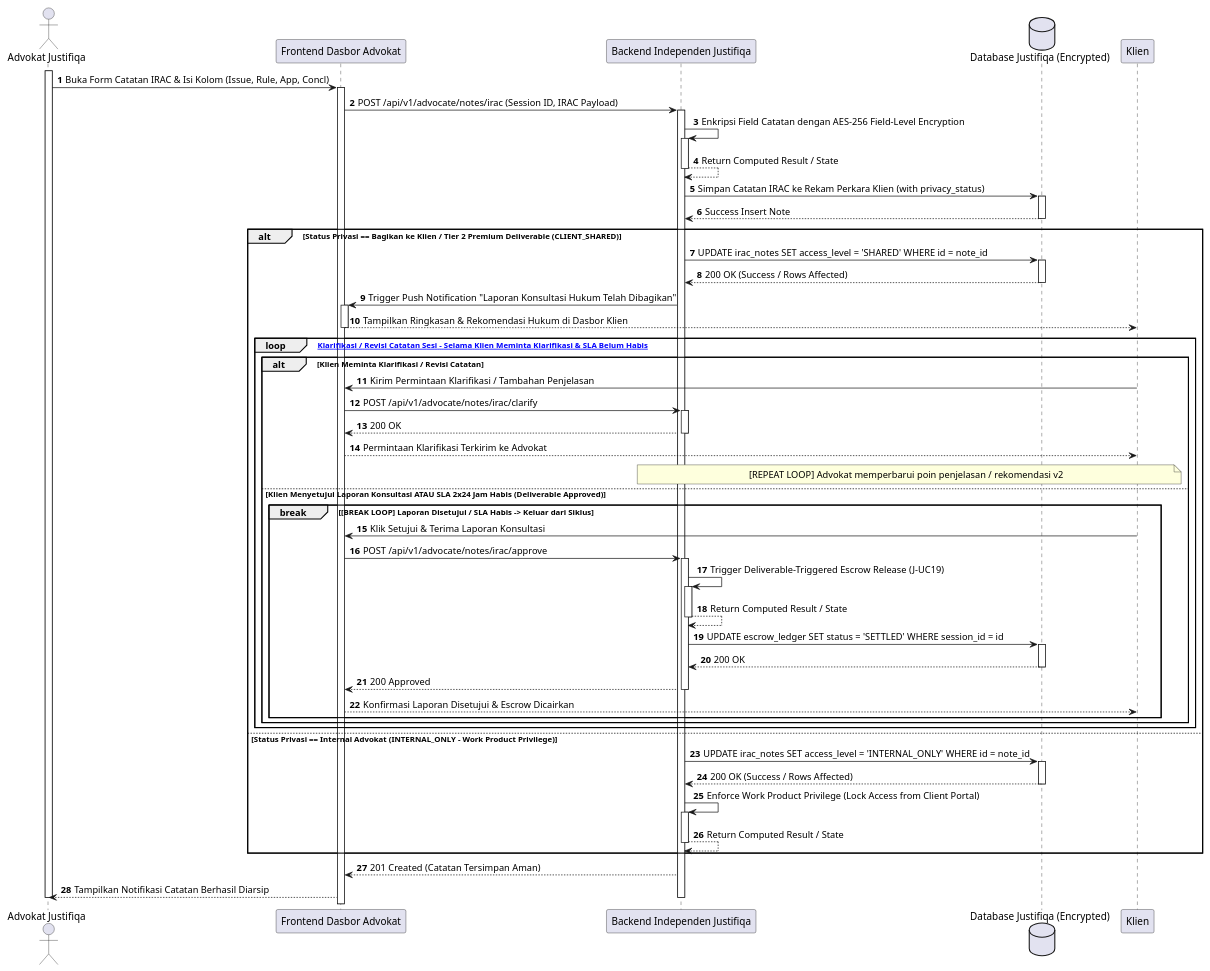
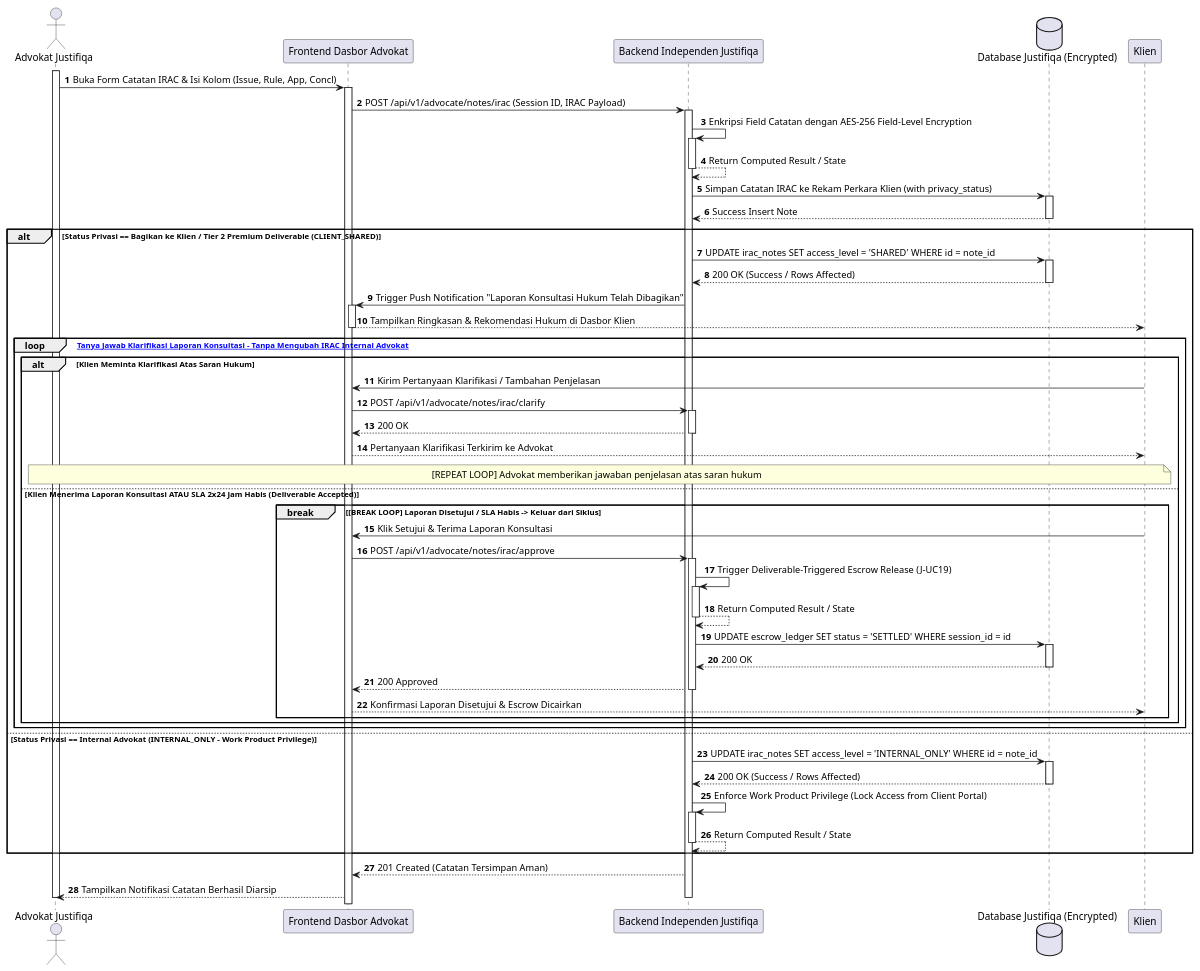
Before and after one commit to tupperwureism/SuperApp-Gagal: the eighth of 28 diagrams in MarkDown/plantuml_sequence_diagrams.md, drawn with PlantUML. The commit also changed 1 other file, not shown here.

Commit message:
fix(uml): purge IRAC revision from AD/SD-J-08 to enforce Attorney Work Product Privilege while keeping deliverable revision strictly on AD/SD-J-06

````diff
--- a/MarkDown/plantuml_sequence_diagrams.md
+++ b/MarkDown/plantuml_sequence_diagrams.md
@@ -636,56 +636,56 @@
 ```plantuml
 @startuml
 autonumber
 actor "Advokat Justifiqa" as Mitra
 participant "Frontend Dasbor Advokat" as FE
 participant "Backend Independen Justifiqa" as BE
 database "Database Justifiqa (Encrypted)" as DB
 
 activate Mitra
 Mitra -> FE ++ : Buka Form Catatan IRAC & Isi Kolom (Issue, Rule, App, Concl)
 FE -> BE ++ : POST /api/v1/advocate/notes/irac (Session ID, IRAC Payload)
 BE -> BE ++ : Enkripsi Field Catatan dengan AES-256 Field-Level Encryption
 BE --> BE -- : Return Computed Result / State
 BE -> DB ++ : Simpan Catatan IRAC ke Rekam Perkara Klien (with privacy_status)
 DB --> BE -- : Success Insert Note
 
 alt Status Privasi == Bagikan ke Klien / Tier 2 Premium Deliverable (CLIENT_SHARED)
     BE -> DB ++ : UPDATE irac_notes SET access_level = 'SHARED' WHERE id = note_id
     DB --> BE -- : 200 OK (Success / Rows Affected)
     BE -> FE ++ : Trigger Push Notification "Laporan Konsultasi Hukum Telah Dibagikan"
     FE --> Klien : Tampilkan Ringkasan & Rekomendasi Hukum di Dasbor Klien
     deactivate FE
     
-    loop [Siklus Klarifikasi / Revisi Catatan Sesi - Selama Klien Meminta Klarifikasi & SLA Belum Habis]
-        alt Klien Meminta Klarifikasi / Revisi Catatan
-            Klien -> FE : Kirim Permintaan Klarifikasi / Tambahan Penjelasan
+    loop [Siklus Tanya Jawab Klarifikasi Laporan Konsultasi - Tanpa Mengubah IRAC Internal Advokat]
+        alt Klien Meminta Klarifikasi Atas Saran Hukum
+            Klien -> FE : Kirim Pertanyaan Klarifikasi / Tambahan Penjelasan
             FE -> BE ++ : POST /api/v1/advocate/notes/irac/clarify
             BE --> FE -- : 200 OK
-            FE --> Klien : Permintaan Klarifikasi Terkirim ke Advokat
-            note over Klien, BE : [REPEAT LOOP] Advokat memperbarui poin penjelasan / rekomendasi v2
-        else Klien Menyetujui Laporan Konsultasi ATAU SLA 2x24 Jam Habis (Deliverable Approved)
+            FE --> Klien : Pertanyaan Klarifikasi Terkirim ke Advokat
+            note over Klien, Mitra : [REPEAT LOOP] Advokat memberikan jawaban penjelasan atas saran hukum
+        else Klien Menerima Laporan Konsultasi ATAU SLA 2x24 Jam Habis (Deliverable Accepted)
             break [BREAK LOOP] Laporan Disetujui / SLA Habis -> Keluar dari Siklus
                 Klien -> FE : Klik Setujui & Terima Laporan Konsultasi
                 FE -> BE ++ : POST /api/v1/advocate/notes/irac/approve
                 BE -> BE ++ : Trigger Deliverable-Triggered Escrow Release (J-UC19)
                 BE --> BE -- : Return Computed Result / State
                 BE -> DB ++ : UPDATE escrow_ledger SET status = 'SETTLED' WHERE session_id = id
                 DB --> BE -- : 200 OK
                 BE --> FE -- : 200 Approved
                 FE --> Klien : Konfirmasi Laporan Disetujui & Escrow Dicairkan
             end
         end
     end
 else Status Privasi == Internal Advokat (INTERNAL_ONLY - Work Product Privilege)
     BE -> DB ++ : UPDATE irac_notes SET access_level = 'INTERNAL_ONLY' WHERE id = note_id
     DB --> BE -- : 200 OK (Success / Rows Affected)
     BE -> BE ++ : Enforce Work Product Privilege (Lock Access from Client Portal)
     BE --> BE -- : Return Computed Result / State
 end
 
 BE --> FE : 201 Created (Catatan Tersimpan Aman)
 FE --> Mitra : Tampilkan Notifikasi Catatan Berhasil Diarsip
 deactivate BE
 deactivate Mitra
 @enduml
 ```
````
